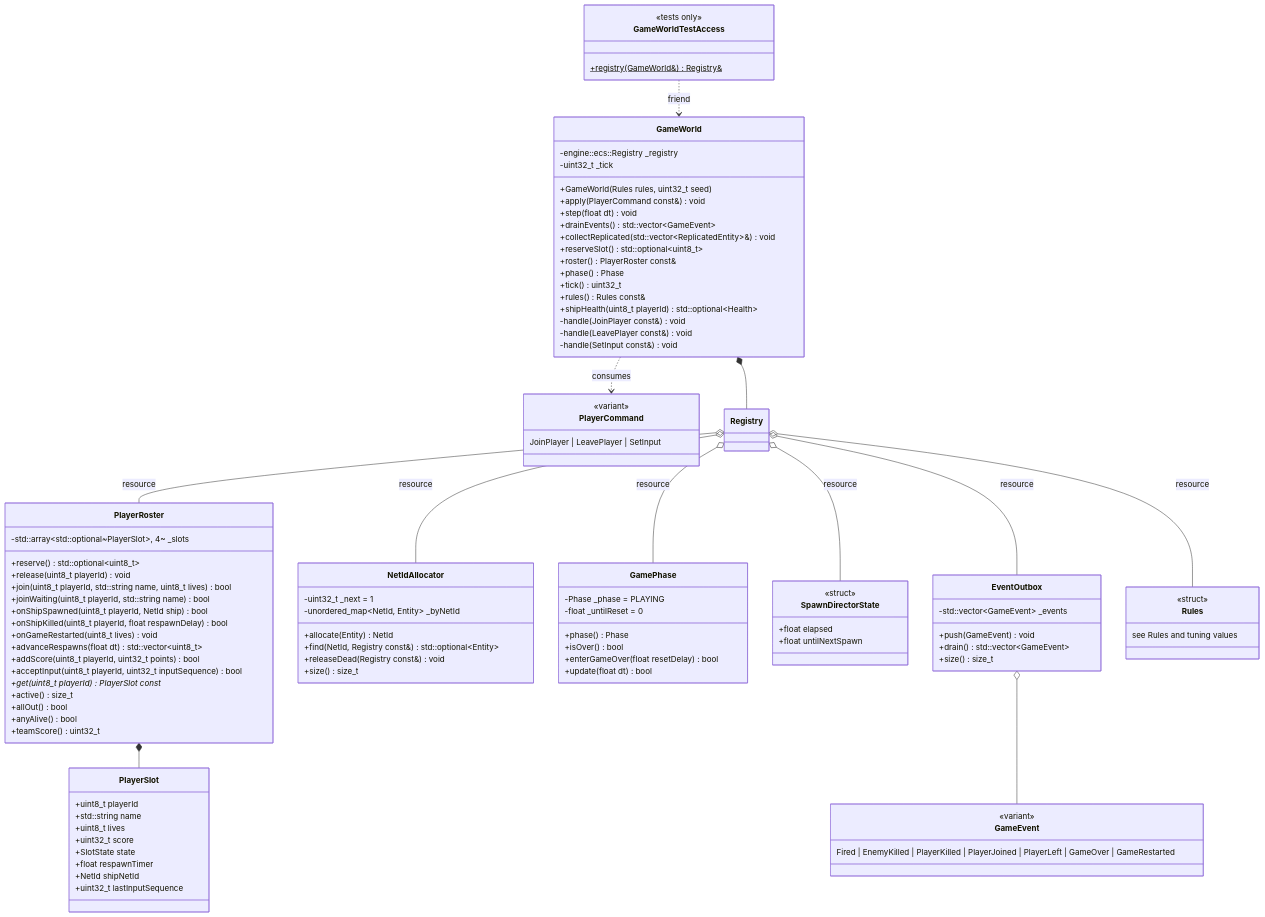
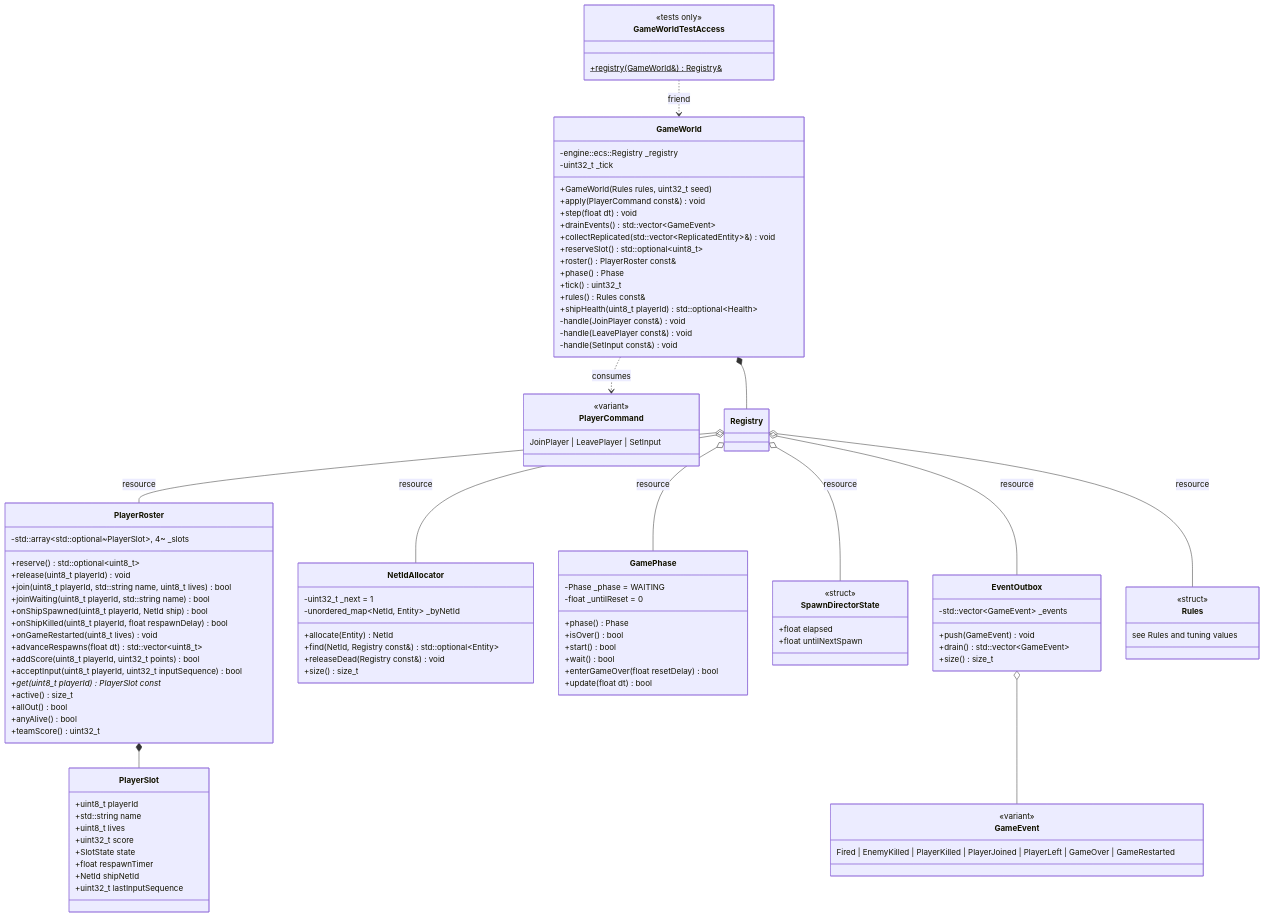
The first of 2 diagrams in docs/modules/game.md (janumaruku/r-type), drawn with Mermaid before and after one commit. The commit also changed other lines of this file and 44 other files, not shown here.

```diff
--- a/docs/modules/game.md
+++ b/docs/modules/game.md
@@ -114,10 +114,12 @@
         +size() size_t
     }
     class GamePhase {
-        -Phase _phase = PLAYING
+        -Phase _phase = WAITING
         -float _untilReset = 0
         +phase() Phase
         +isOver() bool
+        +start() bool
+        +wait() bool
         +enterGameOver(float resetDelay) bool
         +update(float dt) bool
     }
```
